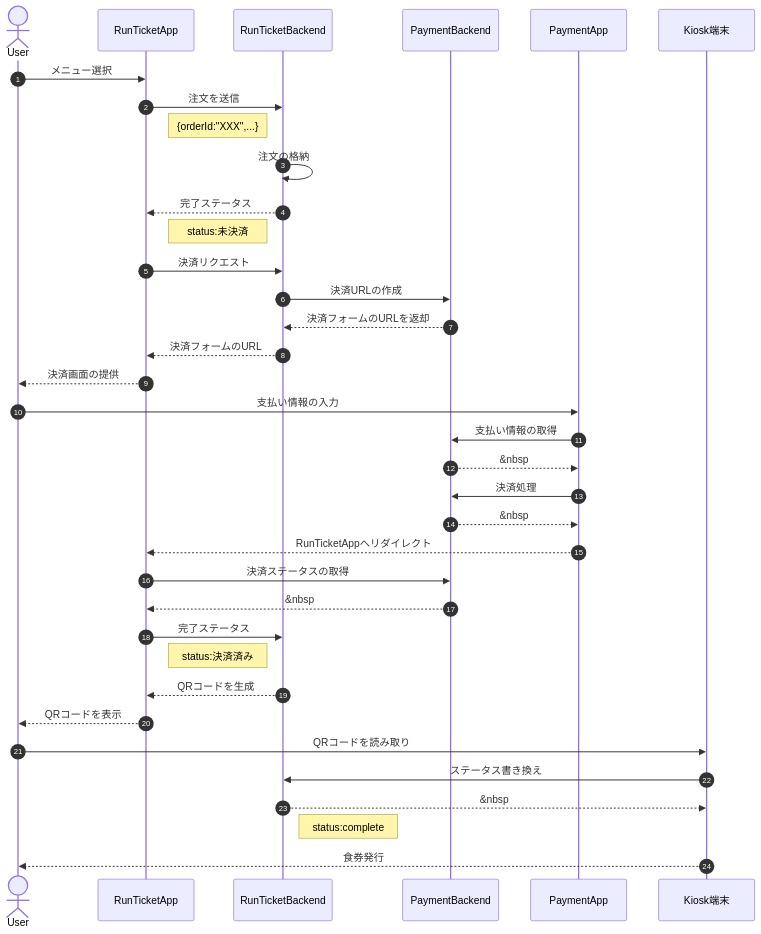
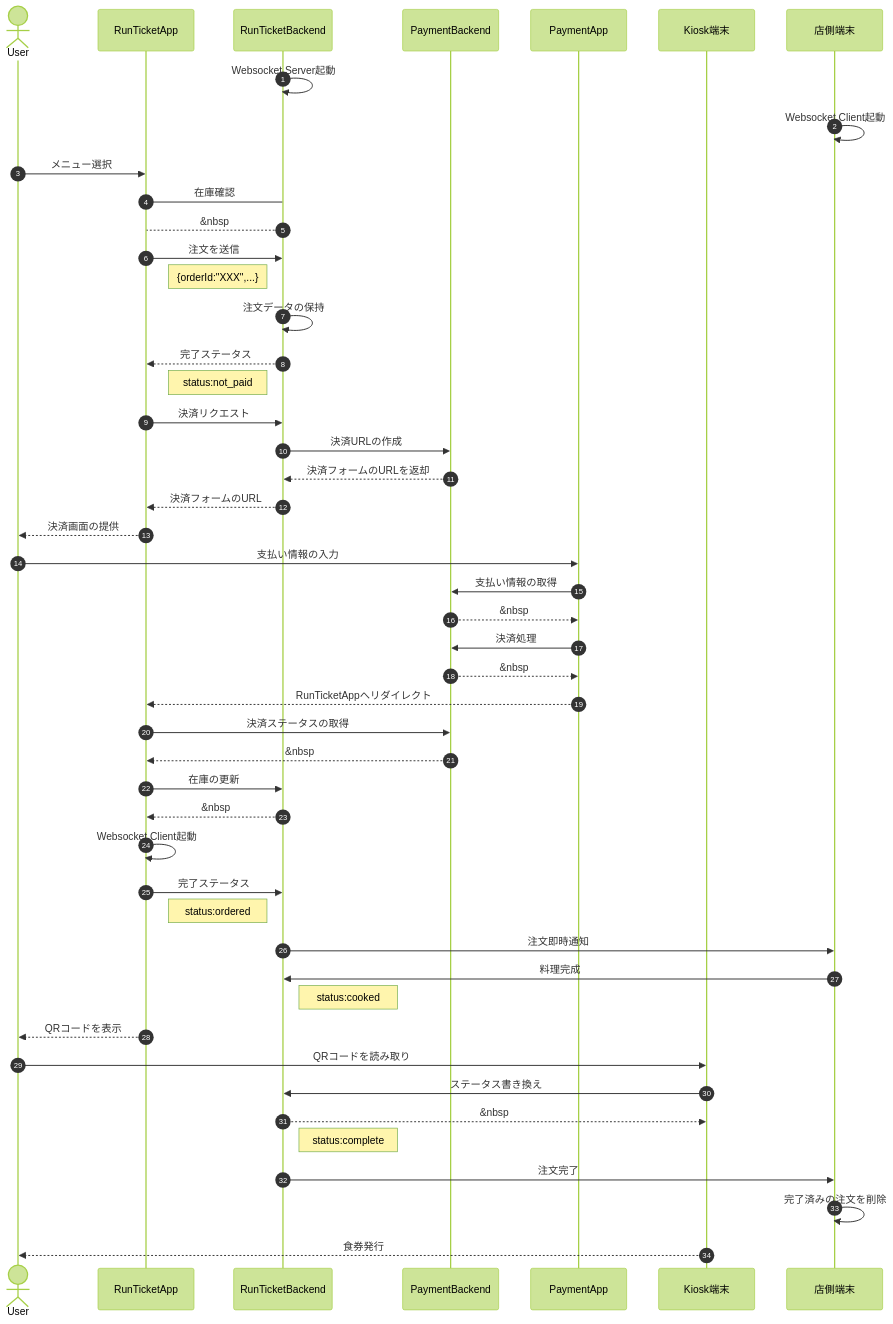
Before and after one commit to charokoukuu/mobile-order: the diagram in README.md, drawn with Mermaid. The commit also changed 2 other files, not shown here.

Commit message:
README書き直した

````diff
--- a/README.md
+++ b/README.md
@@ -1,38 +1,51 @@
 ```mermaid
 sequenceDiagram
+    %%{init:{'theme':'forest'}}%%
     autonumber
     actor User
     participant client as RunTicketApp
     participant backend as RunTicketBackend
     participant payback as PaymentBackend
     participant payapp as PaymentApp
     participant kiosk as Kiosk端末
+    participant mise as 店側端末
+    backend->>backend: Websocket Server起動
+    mise->>mise: Websocket Client起動
     User->>client: メニュー選択
+    client->backend: 在庫確認
+    backend-->client: &nbsp;
     client->>backend: 注文を送信
     Note left of backend: {orderId:"XXX",...}
-    backend->>backend: 注文の格納
+    backend->>backend: 注文データの保持
     backend-->>client: 完了ステータス
-     Note left of backend:status:未決済
+     Note left of backend:status:not_paid
     client->>backend:決済リクエスト
     backend->>payback: 決済URLの作成
     payback-->>backend: 決済フォームのURLを返却
     backend-->>client: 決済フォームのURL
     client-->>User: 決済画面の提供
     User->>payapp: 支払い情報の入力
     payapp->>payback: 支払い情報の取得
-    payback-->>payapp:&nbsp;
+    payback-->>payapp: &nbsp;
     payapp->>payback: 決済処理
-    payback-->>payapp:&nbsp;
+    payback-->>payapp: &nbsp;
     payapp-->>client:RunTicketAppへリダイレクト
     client->>payback:決済ステータスの取得
-    payback-->>client:&nbsp;
+    payback-->>client: &nbsp;
+    client->>backend:在庫の更新
+    backend-->>client: &nbsp;
+    client->>client:Websocket Client起動
     client->>backend:完了ステータス
-    Note left of backend:status:決済済み
-    backend-->>client:QRコードを生成
+    Note left of backend:status:ordered
+    backend->>mise:注文即時通知;
+    mise->>backend:料理完成;
+    Note right of backend:status:cooked
     client-->>User:QRコードを表示
     User->>kiosk:QRコードを読み取り
     kiosk->>backend:ステータス書き換え
-    backend-->>kiosk:&nbsp;
+    backend-->>kiosk: &nbsp;
     Note right of backend:status:complete
+    backend->>mise:注文完了
+    mise->>mise:完了済みの注文を削除
     kiosk-->>User:食券発行
 ```
````
